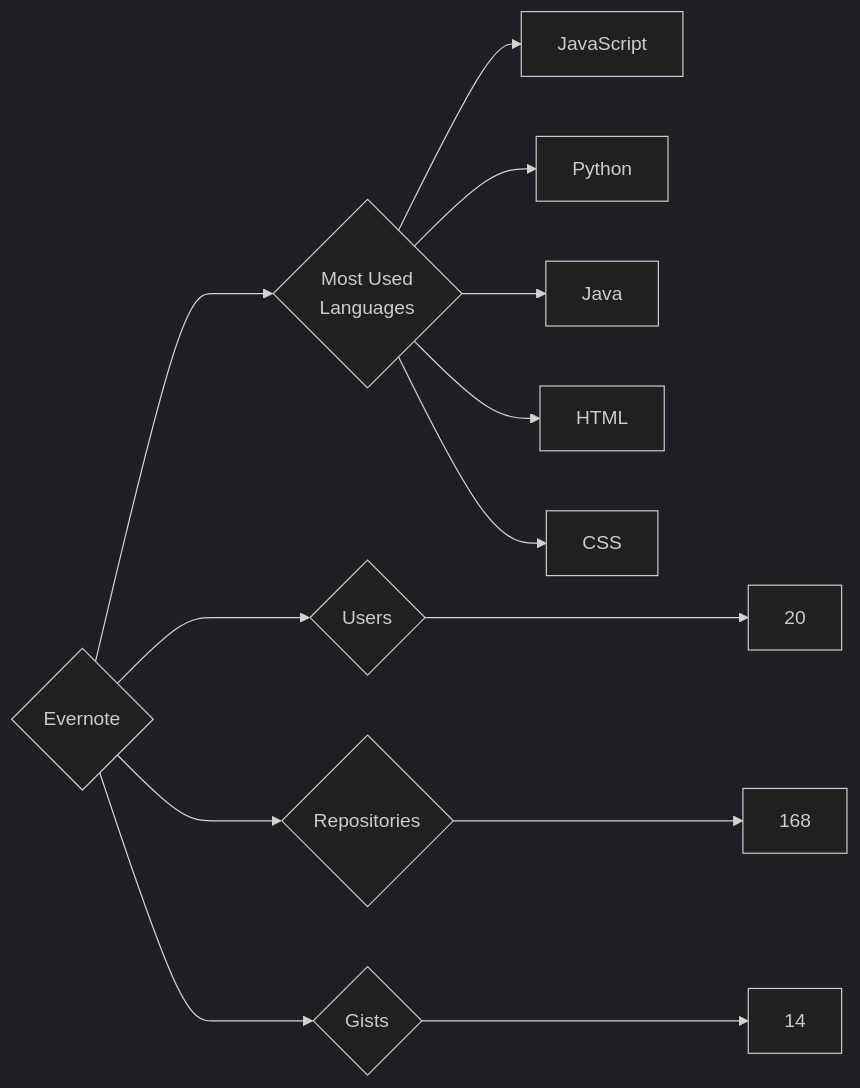
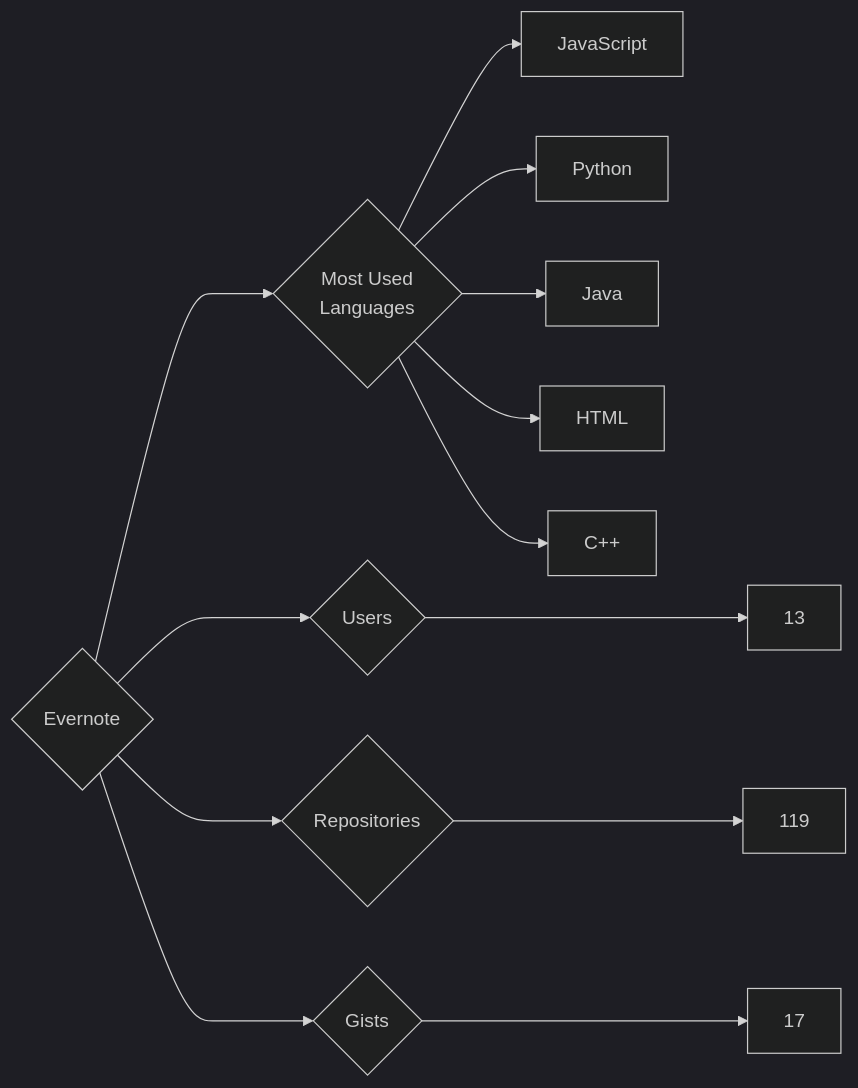
The diagram in targets/Evernote/README.md (trickest/insiders), drawn with Mermaid (dark theme) before and after one commit. The commit also changed 837 other files, not shown here.

````diff
--- a/targets/Evernote/README.md
+++ b/targets/Evernote/README.md
@@ -3,13 +3,13 @@
 ```mermaid
 graph LR
 COMPANY_NAME{Evernote}
-COMPANY_NAME ---> U{Users} ---> UN[20]
-COMPANY_NAME ---> R{Repositories} ---> RN[168]
-COMPANY_NAME ---> G{Gists} ---> GN[14]
+COMPANY_NAME ---> U{Users} ---> UN[13]
+COMPANY_NAME ---> R{Repositories} ---> RN[119]
+COMPANY_NAME ---> G{Gists} ---> GN[17]
 COMPANY_NAME ---> ML{Most Used<br>Languages}
 ML --> JavaScript[JavaScript]
 ML --> Python[Python]
 ML --> Java[Java]
 ML --> HTML[HTML]
-ML --> CSS[CSS]
+ML --> C++[C++]
 ```
````
